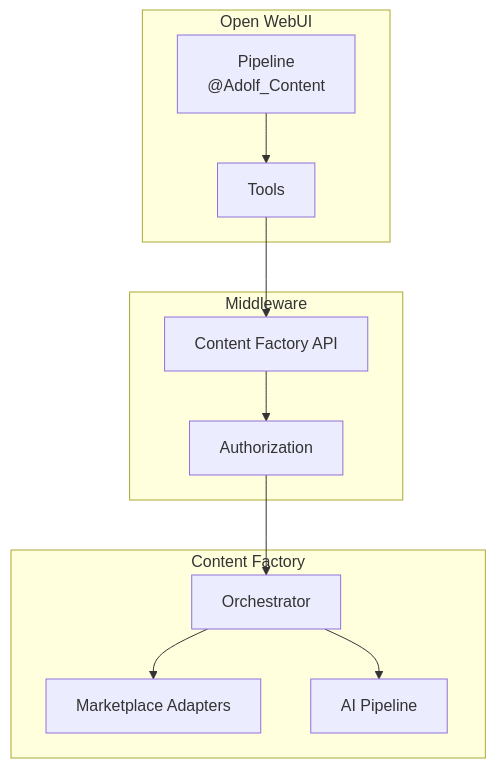
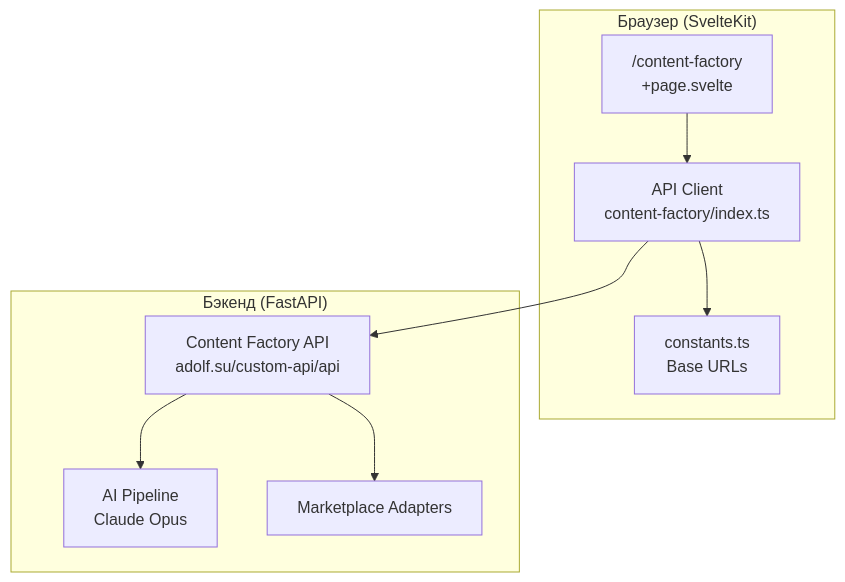
One commit to Sign25/Docs changed the first of 2 diagrams in content_factory/adolf_content_factory_4_open_webui.md. Above: the diagram before and after it, drawn with Mermaid. The commit also changed other lines of this file and 3 other files, not shown here.

First line of the commit message:
docs: Content Factory — обновление документации v1.1

````diff
--- a/content_factory/adolf_content_factory_4_open_webui.md
+++ b/content_factory/adolf_content_factory_4_open_webui.md
@@ -30,25 +29,20 @@
 ```mermaid
 graph TB
-    subgraph OWUI["Open WebUI"]
-        PIPELINE["Pipeline<br/>@Adolf_Content"]
-        TOOLS["Tools"]
+    subgraph BROWSER["Браузер (SvelteKit)"]
+        PAGE["/content-factory<br/>+page.svelte"]
+        API_CLIENT["API Client<br/>content-factory/index.ts"]
+        CONSTANTS["constants.ts<br/>Base URLs"]
     end
 
-    subgraph MIDDLEWARE["Middleware"]
-        API["Content Factory API"]
-        AUTH["Authorization"]
+    subgraph BACKEND["Бэкенд (FastAPI)"]
+        CF_API["Content Factory API<br/>adolf.su/custom-api/api"]
+        AI["AI Pipeline<br/>Claude Opus"]
+        ADAPTERS["Marketplace Adapters"]
     end
 
-    subgraph CONTENT_FACTORY["Content Factory"]
-        ORCH["Orchestrator"]
-        ADAPTERS["Marketplace Adapters"]
-        AI["AI Pipeline"]
-    end
-
-    PIPELINE --> TOOLS
-    TOOLS --> API
-    API --> AUTH
-    AUTH --> ORCH
-    ORCH --> ADAPTERS
-    ORCH --> AI
+    PAGE --> API_CLIENT
+    API_CLIENT --> CONSTANTS
+    API_CLIENT --> CF_API
+    CF_API --> AI
+    CF_API --> ADAPTERS
 ```
````
